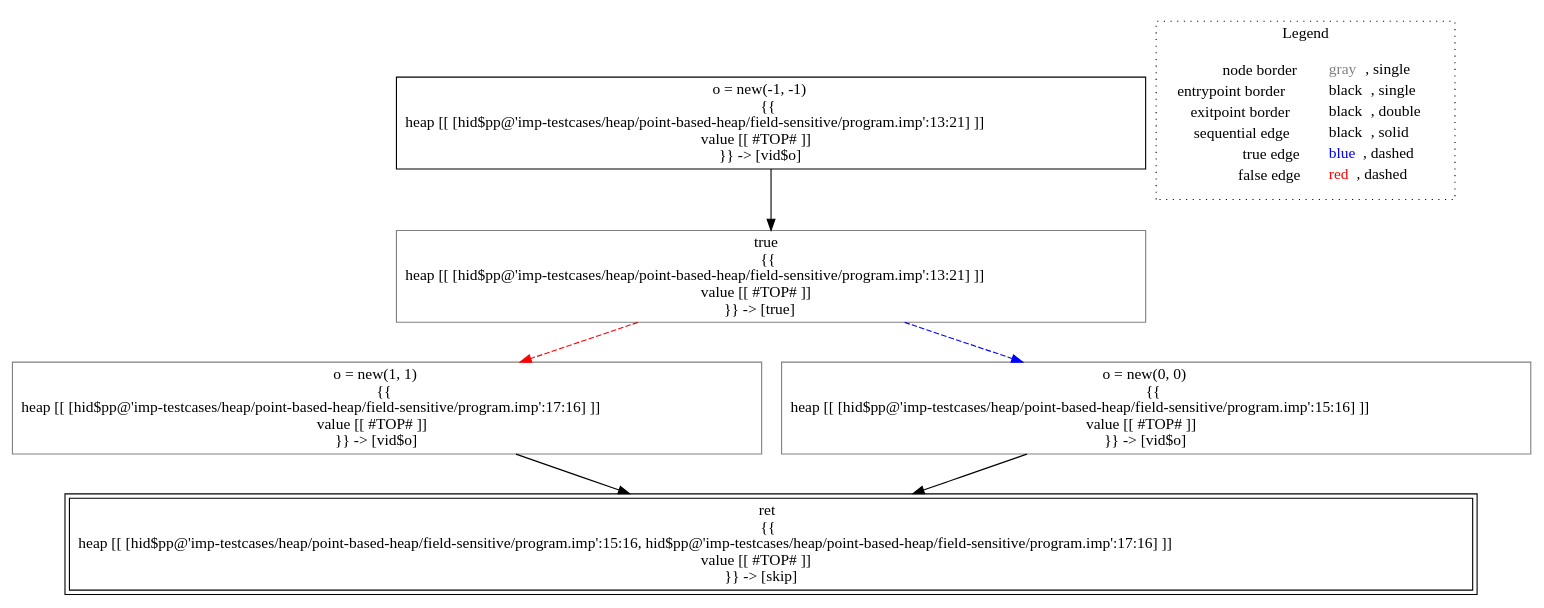
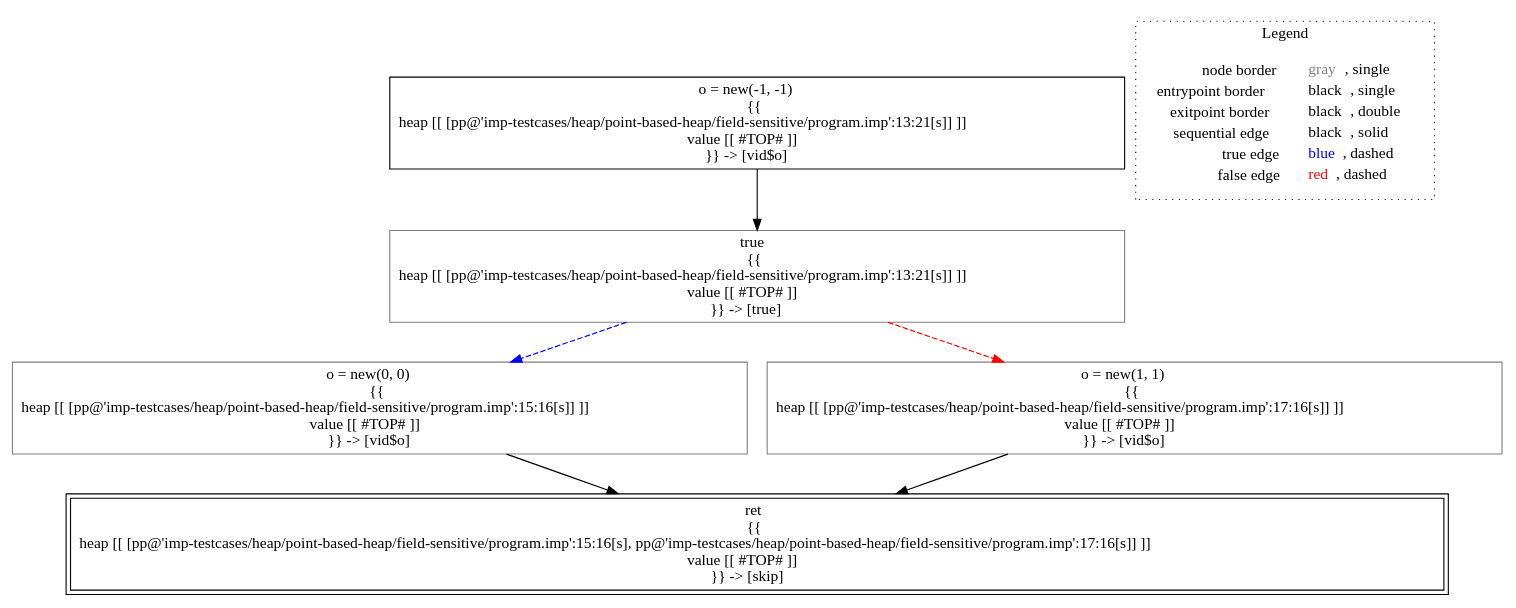
Before and after one commit to lisa-analyzer/lisa: the diagram in lisa/imp-testcases/heap/point-based-heap/field-sensitive/analysis___untyped_A.f2(A_this).dot, drawn with Graphviz. The commit also changed 6 other files, not shown here.

Commit message:
tests for field sensitive analysis and small refactoring

```diff
--- a/lisa/imp-testcases/heap/point-based-heap/field-sensitive/analysis___untyped_A.f2(A_this).dot
+++ b/lisa/imp-testcases/heap/point-based-heap/field-sensitive/analysis___untyped_A.f2(A_this).dot
@@ -1,19 +1,19 @@
 digraph {
-	"node0" [shape="rect",color="black",label=<o = new(-1, -1)<BR/>{{<BR/>heap [[ [hid$pp@'imp-testcases/heap/point-based-heap/field-sensitive/program.imp':13:21] ]]<BR/>value [[ #TOP# ]]<BR/>}} -&gt; [vid$o]>];
-	"node1" [shape="rect",color="black",peripheries="2",label=<ret<BR/>{{<BR/>heap [[ [hid$pp@'imp-testcases/heap/point-based-heap/field-sensitive/program.imp':15:16, hid$pp@'imp-testcases/heap/point-based-heap/field-sensitive/program.imp':17:16] ]]<BR/>value [[ #TOP# ]]<BR/>}} -&gt; [skip]>];
-	"node2" [shape="rect",color="gray",label=<true<BR/>{{<BR/>heap [[ [hid$pp@'imp-testcases/heap/point-based-heap/field-sensitive/program.imp':13:21] ]]<BR/>value [[ #TOP# ]]<BR/>}} -&gt; [true]>];
-	"node3" [shape="rect",color="gray",label=<o = new(1, 1)<BR/>{{<BR/>heap [[ [hid$pp@'imp-testcases/heap/point-based-heap/field-sensitive/program.imp':17:16] ]]<BR/>value [[ #TOP# ]]<BR/>}} -&gt; [vid$o]>];
-	"node4" [shape="rect",color="gray",label=<o = new(0, 0)<BR/>{{<BR/>heap [[ [hid$pp@'imp-testcases/heap/point-based-heap/field-sensitive/program.imp':15:16] ]]<BR/>value [[ #TOP# ]]<BR/>}} -&gt; [vid$o]>];
-	"node2" -> "node3" [color="red",style="dashed"];
-	"node2" -> "node4" [color="blue",style="dashed"];
-	"node3" -> "node1" [color="black"];
-	"node0" -> "node2" [color="black"];
-	"node4" -> "node1" [color="black"];
+	"node0" [shape="rect",color="black",label=<o = new(-1, -1)<BR/>{{<BR/>heap [[ [pp@'imp-testcases/heap/point-based-heap/field-sensitive/program.imp':13:21[s]] ]]<BR/>value [[ #TOP# ]]<BR/>}} -&gt; [vid$o]>];
+	"node1" [shape="rect",color="gray",label=<true<BR/>{{<BR/>heap [[ [pp@'imp-testcases/heap/point-based-heap/field-sensitive/program.imp':13:21[s]] ]]<BR/>value [[ #TOP# ]]<BR/>}} -&gt; [true]>];
+	"node2" [shape="rect",color="black",peripheries="2",label=<ret<BR/>{{<BR/>heap [[ [pp@'imp-testcases/heap/point-based-heap/field-sensitive/program.imp':15:16[s], pp@'imp-testcases/heap/point-based-heap/field-sensitive/program.imp':17:16[s]] ]]<BR/>value [[ #TOP# ]]<BR/>}} -&gt; [skip]>];
+	"node3" [shape="rect",color="gray",label=<o = new(0, 0)<BR/>{{<BR/>heap [[ [pp@'imp-testcases/heap/point-based-heap/field-sensitive/program.imp':15:16[s]] ]]<BR/>value [[ #TOP# ]]<BR/>}} -&gt; [vid$o]>];
+	"node4" [shape="rect",color="gray",label=<o = new(1, 1)<BR/>{{<BR/>heap [[ [pp@'imp-testcases/heap/point-based-heap/field-sensitive/program.imp':17:16[s]] ]]<BR/>value [[ #TOP# ]]<BR/>}} -&gt; [vid$o]>];
+	"node0" -> "node1" [color="black"];
+	"node1" -> "node3" [color="blue",style="dashed"];
+	"node1" -> "node4" [color="red",style="dashed"];
+	"node3" -> "node2" [color="black"];
+	"node4" -> "node2" [color="black"];
 subgraph cluster_legend {
 	label="Legend";
 	style=dotted;
 	node [shape=plaintext];
 	"legend" [label=<<table border="0" cellpadding="2" cellspacing="0" cellborder="0"><tr><td align="right">node border&nbsp;</td><td align="left"><font color="gray">gray</font>, single</td></tr><tr><td align="right">entrypoint border&nbsp;</td><td align="left"><font color="black">black</font>, single</td></tr><tr><td align="right">exitpoint border&nbsp;</td><td align="left"><font color="black">black</font>, double</td></tr><tr><td align="right">sequential edge&nbsp;</td><td align="left"><font color="black">black</font>, solid</td></tr><tr><td align="right">true edge&nbsp;</td><td align="left"><font color="blue">blue</font>, dashed</td></tr><tr><td align="right">false edge&nbsp;</td><td align="left"><font color="red">red</font>, dashed</td></tr></table>>];
 }
 
 }
```
